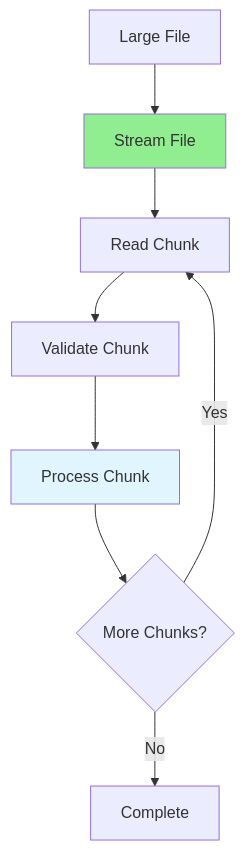
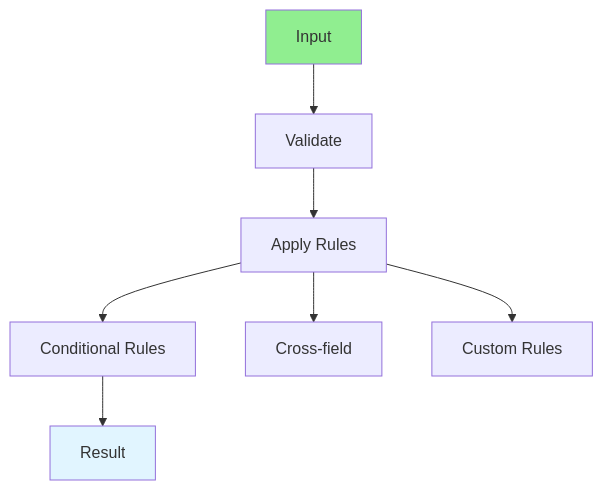
One commit to iouthnamain/tech-note changed the diagram in Full-Stack-Guides/Group-09-Complex-Functions/09.11_Complex_Validation.md. Above: the diagram before and after it, drawn with Mermaid. The commit also changed other lines of this file and 480 other files, not shown here.

````diff
--- a/Full-Stack-Guides/Group-09-Complex-Functions/09.11_Complex_Validation.md
+++ b/Full-Stack-Guides/Group-09-Complex-Functions/09.11_Complex_Validation.md
@@ -23,13 +22,12 @@
 ```mermaid
-flowchart TD
-    File[Large File] --> Stream[Stream File]
-    Stream --> Chunk[Read Chunk]
-    Chunk --> Validate[Validate Chunk]
-    Validate --> Process[Process Chunk]
-    Process --> Next{More Chunks?}
-    Next -->|Yes| Chunk
-    Next -->|No| Complete[Complete]
+graph TD
+    Input[Input] --> Validate[Validate]
+    Validate --> Rules[Apply Rules]
+    Rules --> Conditional[Conditional Rules]
+    Rules --> CrossField[Cross-field]
+    Rules --> Custom[Custom Rules]
+    Conditional --> Result[Result]
     
-    style Stream fill:#90EE90
-    style Process fill:#e1f5ff
+    style Input fill:#90EE90
+    style Result fill:#e1f5ff
 ```
````
